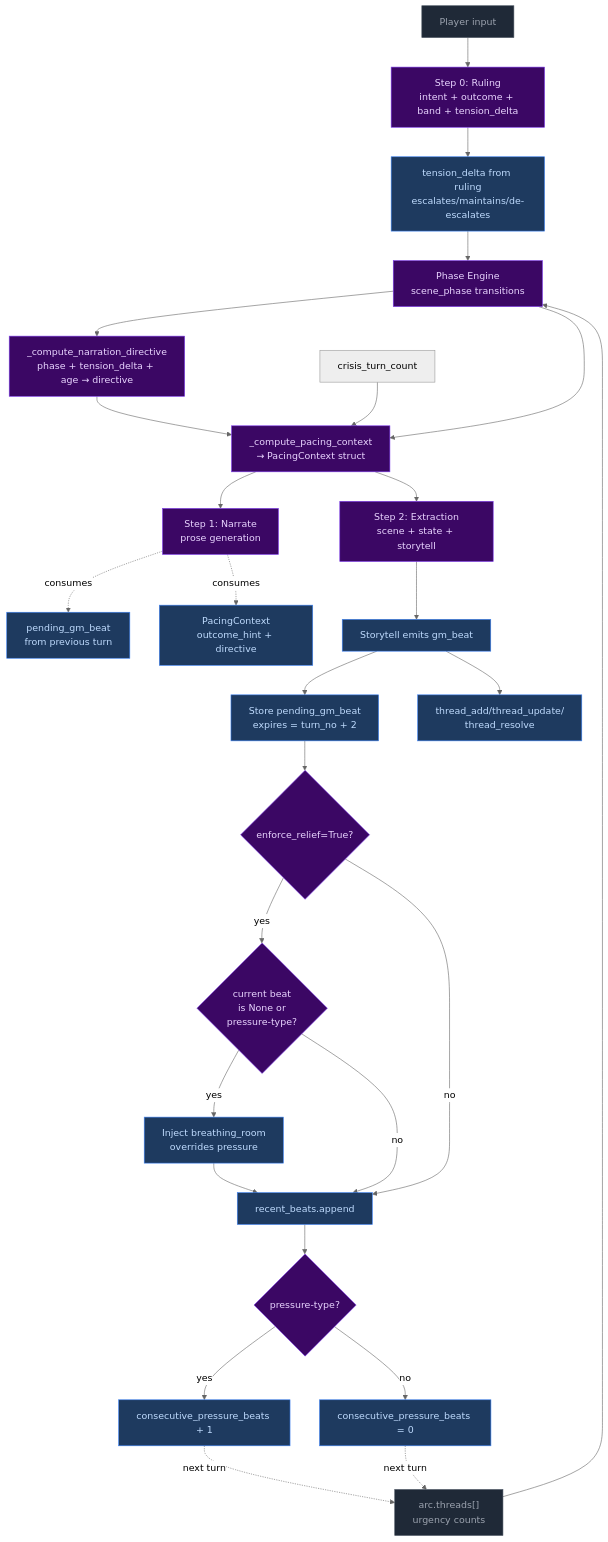
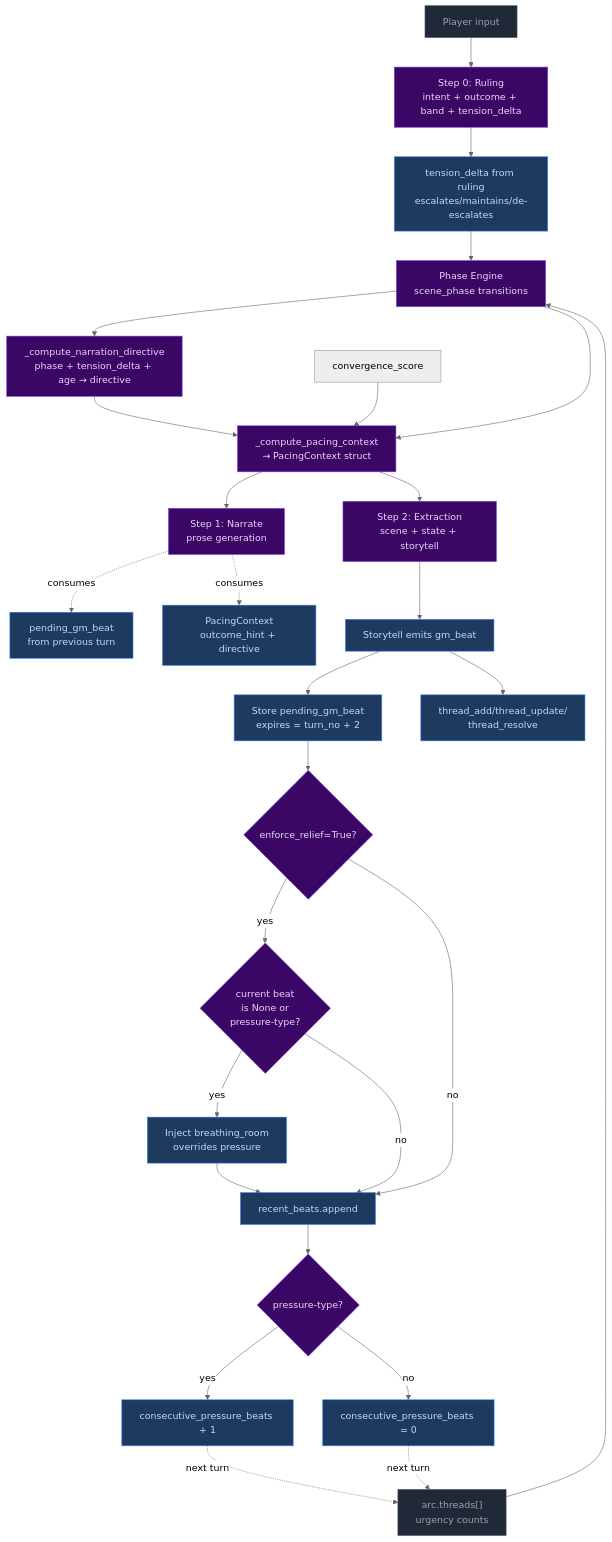
One commit to pww217/fablethread changed the seventh of 7 diagrams in docs/architecture/pacing-systems.md. Above: the diagram before and after it, drawn with Mermaid (neutral theme). The commit also changed other lines of this file and 6 other files, not shown here.

````diff
--- a/docs/architecture/pacing-systems.md
+++ b/docs/architecture/pacing-systems.md
@@ -285,49 +266,49 @@
 ```mermaid
 flowchart TD
     classDef input fill:#1f2937,color:#9ca3af,stroke:#4b5563
     classDef decision fill:#3b0764,color:#e9d5ff,stroke:#7c3aed
     classDef output fill:#1e3a5f,color:#bfdbfe,stroke:#3b82f6
     classDef system fill:#3b0764,color:#e9d5ff,stroke:#7c3aed,strokeWidth:2px
 
     INPUT["Player input"]:::input --> RULING["Step 0: Ruling<br>intent + outcome + band + tension_delta"]:::system
 
     RULING --> TD["tension_delta from ruling<br>escalates/maintains/de-escalates"]:::output
 
     TD --> PHASE["Phase Engine<br>scene_phase transitions"]:::system
 
     THREADS["arc.threads[]<br>urgency counts"]:::input --> PHASE
 
     PHASE --> DIR["_compute_narration_directive<br>phase + tension_delta + age → directive"]:::system
 
-    PHASE & DIR & CTC["crisis_turn_count"] --> PC["_compute_pacing_context<br>→ PacingContext struct"]:::system
+    PHASE & DIR & CS["convergence_score"] --> PC["_compute_pacing_context<br>→ PacingContext struct"]:::system
 
     PC --> NARRATE["Step 1: Narrate<br>prose generation"]:::system
     PC --> EXTRACTION["Step 2: Extraction<br>scene + state + storytell"]:::system
 
     NARRATE -. "consumes" .-> N_GM["pending_gm_beat<br>from previous turn"]:::output
     NARRATE -. "consumes" .-> N_PC["PacingContext<br>outcome_hint + directive"]:::output
 
     EXTRACTION --> STORYLLM["Storytell emits gm_beat"]:::output
     STORYLLM --> BEAT_STORE["Store pending_gm_beat<br>expires = turn_no + 2"]:::output
     STORYLLM --> THREADS2["thread_add/thread_update/<br>thread_resolve"]:::output
 
     BEAT_STORE --> RELIEF{"enforce_relief=True?"}:::decision
     RELIEF -- yes --> OVR{"current beat<br>is None or<br>pressure-type?"}:::decision
     OVR -- yes --> FLOOR_OUT["Inject breathing_room<br>overrides pressure"]:::output
     OVR -- no --> HISTORY["recent_beats.append"]:::output
     RELIEF -- no --> HISTORY
     FLOOR_OUT --> HISTORY
 
     HISTORY --> COUNTER{"pressure-type?"}:::decision
     COUNTER -- yes --> INC["consecutive_pressure_beats + 1"]:::output
     COUNTER -- no --> RESET["consecutive_pressure_beats = 0"]:::output
 
     INC -. "next turn" .-> THREADS
     RESET -. "next turn" .-> THREADS
 
     style RULING fill:#3b0764,color:#e9d5ff,stroke:#7c3aed,strokeWidth:2px
     style PHASE fill:#3b0764,color:#e9d5ff,stroke:#7c3aed,strokeWidth:2px
     style PC fill:#3b0764,color:#e9d5ff,stroke:#7c3aed,strokeWidth:2px
     style NARRATE fill:#3b0764,color:#e9d5ff,stroke:#7c3aed,strokeWidth:2px
     style EXTRACTION fill:#3b0764,color:#e9d5ff,stroke:#7c3aed,strokeWidth:2px
 ```
````
